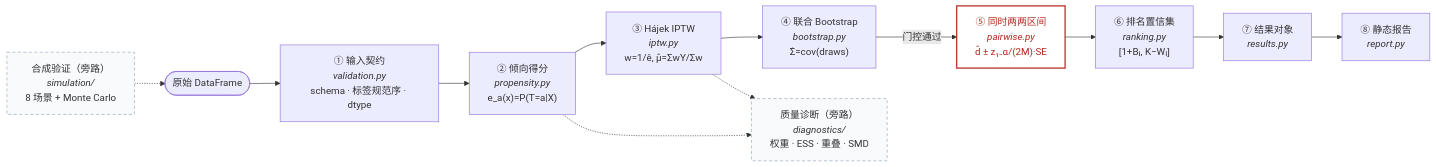
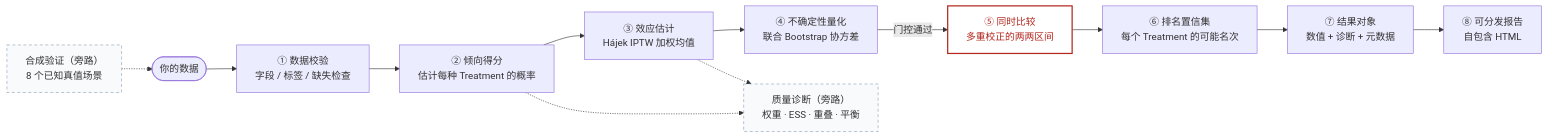
Before and after one commit to Unknownxu1/CasualRank: the second of 4 diagrams in README.md, drawn with Mermaid. The commit also changed other lines of this file, not shown here.

````diff
--- a/README.md
+++ b/README.md
@@ -61,20 +61,20 @@
 ```mermaid
 flowchart LR
-  IN(["原始 DataFrame"]) --> V["① 输入契约<br/><i>validation.py</i><br/>schema · 标签规范序 · dtype"]
-  V --> P["② 倾向得分<br/><i>propensity.py</i><br/>e_a(x)=P(T=a|X)"]
-  P --> I["③ Hájek IPTW<br/><i>iptw.py</i><br/>w=1/ê, μ̂=ΣwY/Σw"]
-  I --> B["④ 联合 Bootstrap<br/><i>bootstrap.py</i><br/>Σ̂=cov(draws)"]
-  B -->|"门控通过"| PA["⑤ 同时两两区间<br/><i>pairwise.py</i><br/>d̂ ± z₁₋α/(2M)·SE"]
-  PA --> R["⑥ 排名置信集<br/><i>ranking.py</i><br/>[1+Bᵢ, K−Wᵢ]"]
-  R --> RES["⑦ 结果对象<br/><i>results.py</i>"]
-  RES --> H["⑧ 静态报告<br/><i>report.py</i>"]
+  IN(["你的数据"]) --> V["① 数据校验<br/>字段 / 标签 / 缺失检查"]
+  V --> P["② 倾向得分<br/>估计每种 Treatment 的概率"]
+  P --> I["③ 效应估计<br/>Hájek IPTW 加权均值"]
+  I --> B["④ 不确定性量化<br/>联合 Bootstrap 协方差"]
+  B -->|"门控通过"| PA["⑤ 同时比较<br/>多重校正的两两区间"]
+  PA --> R["⑥ 排名置信集<br/>每个 Treatment 的可能名次"]
+  R --> RES["⑦ 结果对象<br/>数值 + 诊断 + 元数据"]
+  RES --> H["⑧ 可分发报告<br/>自包含 HTML"]
 
-  P -.-> DG["质量诊断（旁路）<br/><i>diagnostics/</i><br/>权重 · ESS · 重叠 · SMD"]
+  P -.-> DG["质量诊断（旁路）<br/>权重 · ESS · 重叠 · 平衡"]
   I -.-> DG
-  SIM["合成验证（旁路）<br/><i>simulation/</i><br/>8 场景 + Monte Carlo"] -.-> IN
+  SIM["合成验证（旁路）<br/>8 个已知真值场景"] -.-> IN
 
   classDef gate fill:#fff,stroke:#b3261e,stroke-width:2px,color:#b3261e
   classDef bypass fill:#f8fafc,stroke:#8fa1b3,stroke-dasharray:5 4
   class PA gate
   class DG,SIM bypass
 ```
````
